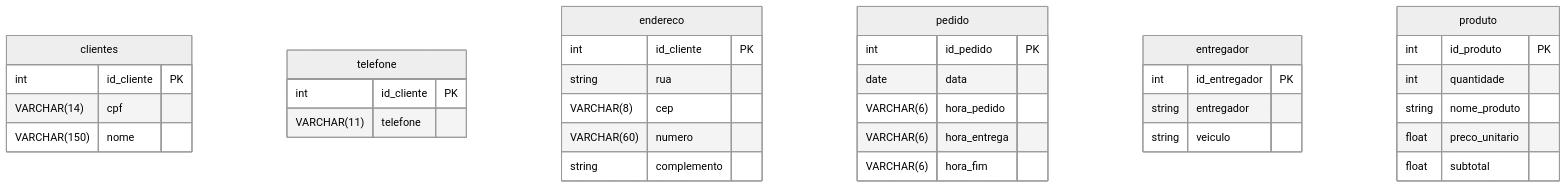
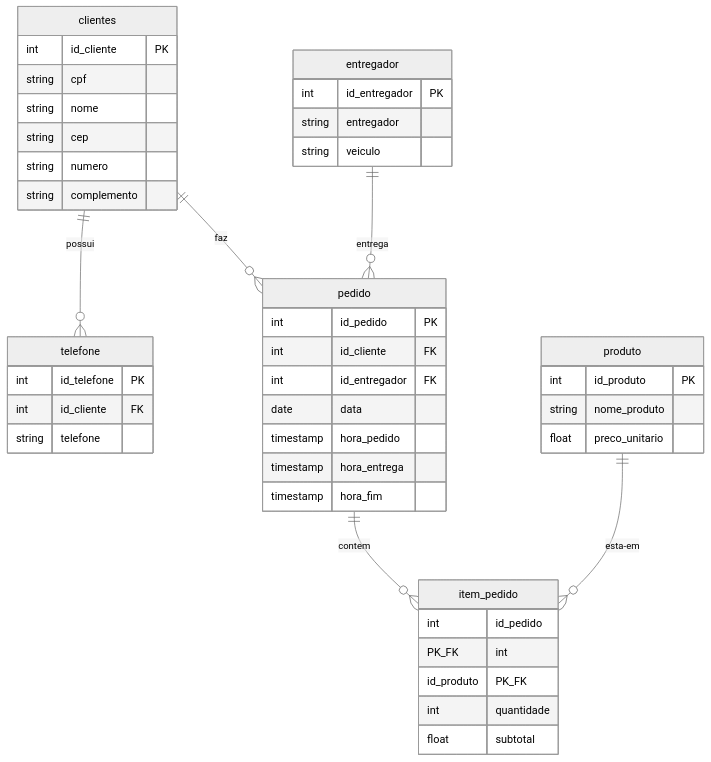
One commit to rafaelgazola/Banco_Dados-SENAI changed the diagram in aula07/atividade02NORMALIZADO.md. Above: the diagram before and after it, drawn with Mermaid (neutral theme). The commit also changed 3 other files, not shown here.

````diff
--- a/aula07/atividade02NORMALIZADO.md
+++ b/aula07/atividade02NORMALIZADO.md
@@ -1,44 +1,53 @@
 ```mermaid
 erDiagram
-clientes{
+clientes {
     int id_cliente PK
-    VARCHAR(14) cpf
-    VARCHAR(150) nome
+    string cpf
+    string nome
+    string cep
+    string numero
+    string complemento
 }
 
-telefone{
-    int id_cliente PK
-    VARCHAR(11) telefone
+telefone {
+    int id_telefone PK
+    int id_cliente FK
+    string telefone
 }
 
-endereco{
-    int id_cliente PK
-    string rua
-    VARCHAR(8) cep
-    VARCHAR(60) numero
-    string complemento
-}
-pedido{
-    int id_pedido PK
-    date data
-    VARCHAR(6) hora_pedido
-    VARCHAR(6) hora_entrega
-    VARCHAR(6) hora_fim
-}
-
-entregador{
+entregador {
     int id_entregador PK
     string entregador
     string veiculo
 }
 
-produto{
+pedido {
+    int id_pedido PK
+    int id_cliente FK
+    int id_entregador FK
+    date data
+    timestamp hora_pedido
+    timestamp hora_entrega
+    timestamp hora_fim
+}
+
+produto {
     int id_produto PK
-    int quantidade
     string nome_produto
     float preco_unitario
+}
+
+item_pedido {
+    int id_pedido PK_FK
+    int id_produto PK_FK
+    int quantidade
     float subtotal
 }
 
+clientes ||--o{ telefone : "possui"
+clientes ||--o{ pedido : "faz"
+entregador ||--o{ pedido : "entrega"
+pedido ||--o{ item_pedido : "contem"
+produto ||--o{ item_pedido : "esta-em"
 
 ```
````
